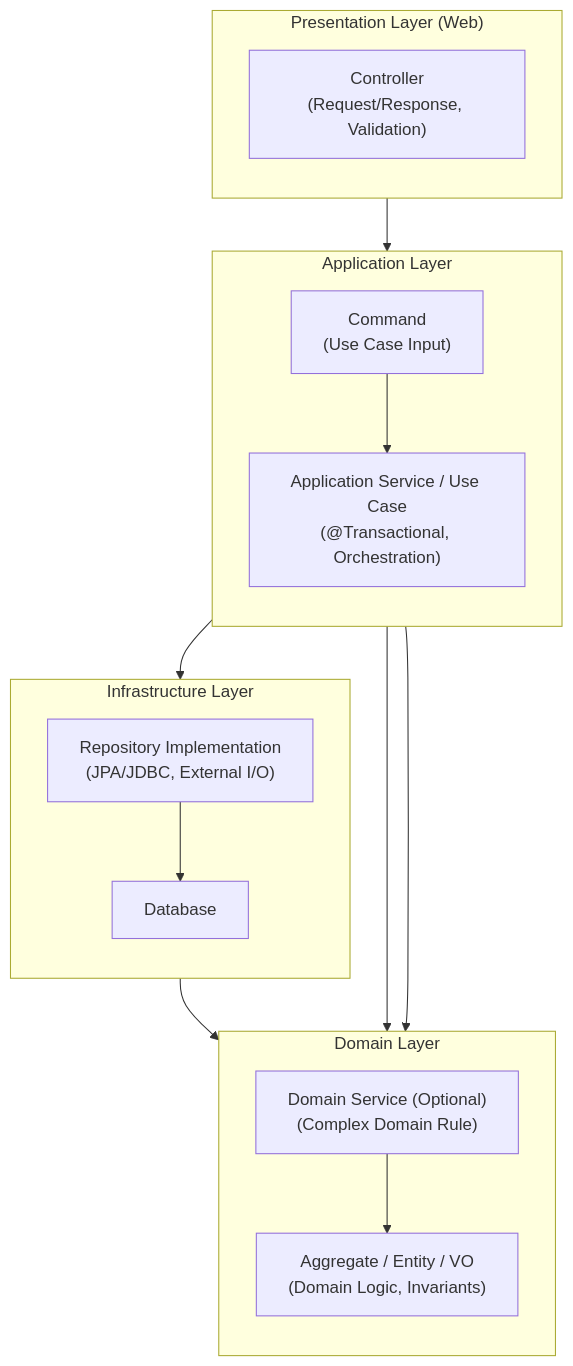
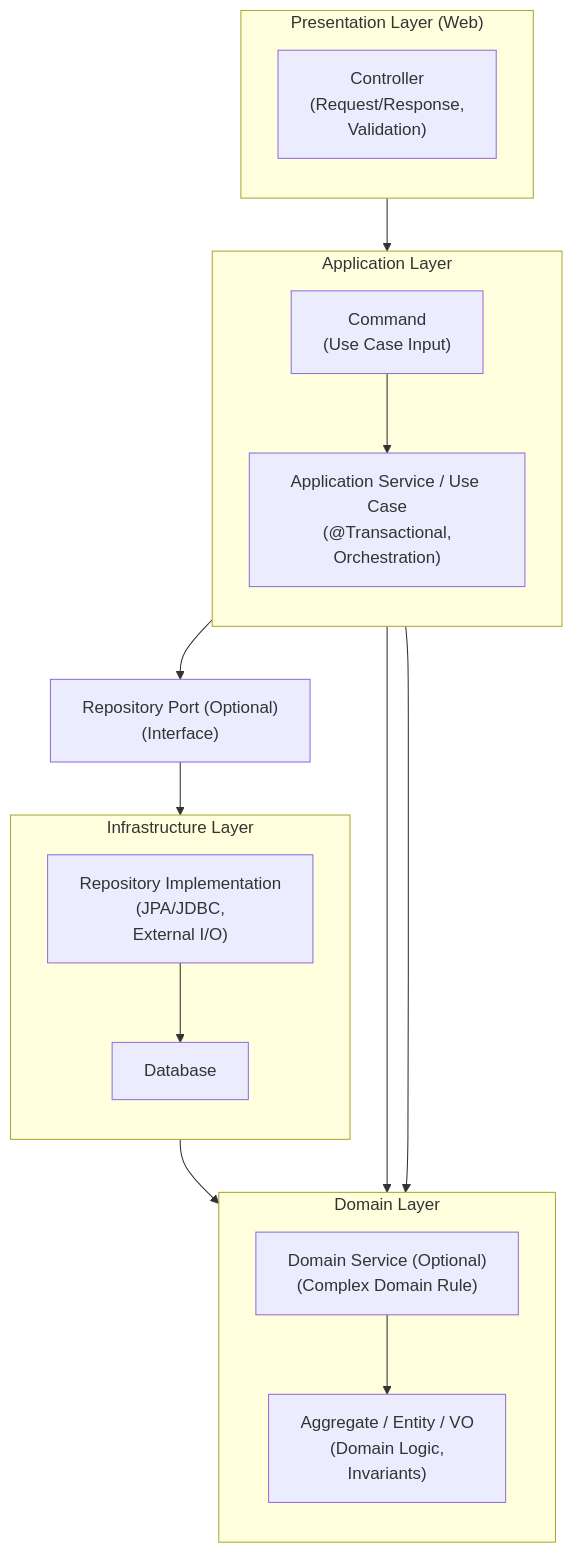
Before and after one commit to pasudo123/ddd: the diagram in README.md, drawn with Mermaid.

Commit message:
Update flowchart and improve readability in README

````diff
--- a/README.md
+++ b/README.md
@@ -60,38 +60,50 @@
 ```mermaid
 flowchart TB
-  %% Layered Architecture + DDD (Simple)
+  %% ==========================================================
+  %% Layered Architecture + DDD (with Optional Port)
+  %% ==========================================================
 
   subgraph PRESENTATION["Presentation Layer (Web)"]
     direction TB
-    CONTROLLER["Controller<br/>(Request/Response, Validation)"]
+    CONTROLLER["Controller<br/>(Request/Response,<br/>Validation)"]
   end
 
   subgraph APPLICATION["Application Layer"]
     direction TB
-    APP_SERVICE["Application Service / Use Case<br/>(@Transactional, Orchestration)"]
     COMMAND["Command<br/>(Use Case Input)"]
+    APP_SERVICE["Application Service / Use Case<br/>(@Transactional,<br/>Orchestration)"]
   end
 
   subgraph DOMAIN["Domain Layer"]
     direction TB
-    AGG["Aggregate / Entity / VO<br/>(Domain Logic, Invariants)"]
-    DOMAIN_SVC["Domain Service (Optional)<br/>(Complex Domain Rule)"]
+    DOMAIN_SERVICE["Domain Service (Optional)<br/>(Complex Domain Rule)"]
+    AGGREGATE["Aggregate / Entity / VO<br/>(Domain Logic,<br/>Invariants)"]
+
+    DOMAIN_SERVICE --> AGGREGATE
   end
 
   subgraph INFRA["Infrastructure Layer"]
     direction TB
-    REPO["Repository Implementation<br/>(JPA/JDBC, External I/O)"]
+    REPO_IMPL["Repository Implementation<br/>(JPA/JDBC,<br/>External I/O)"]
     DB["Database"]
+    REPO_IMPL --> DB
   end
 
-  CONTROLLER --> COMMAND
-  COMMAND --> APP_SERVICE
+  %% --- Optional Port (Interface) ---
+  REPO_PORT["Repository Port (Optional)<br/>(Interface)"]
 
-  APP_SERVICE --> AGG
-  APP_SERVICE --> DOMAIN_SVC
-  DOMAIN_SVC --> AGG
+  %% ==========================================================
+  %% Flow
+  %% ==========================================================
+  CONTROLLER --> COMMAND --> APP_SERVICE
 
-  APP_SERVICE --> REPO
-  REPO --> DB
-  REPO --> AGG
+  APP_SERVICE --> AGGREGATE
+  APP_SERVICE --> DOMAIN_SERVICE
+
+  %% --- Repository interaction (Port optional) ---
+  APP_SERVICE --> REPO_PORT
+  REPO_PORT --> REPO_IMPL
+
+  %% --- Mapping / Reconstitution concept ---
+  REPO_IMPL --> AGGREGATE
 ```
````
